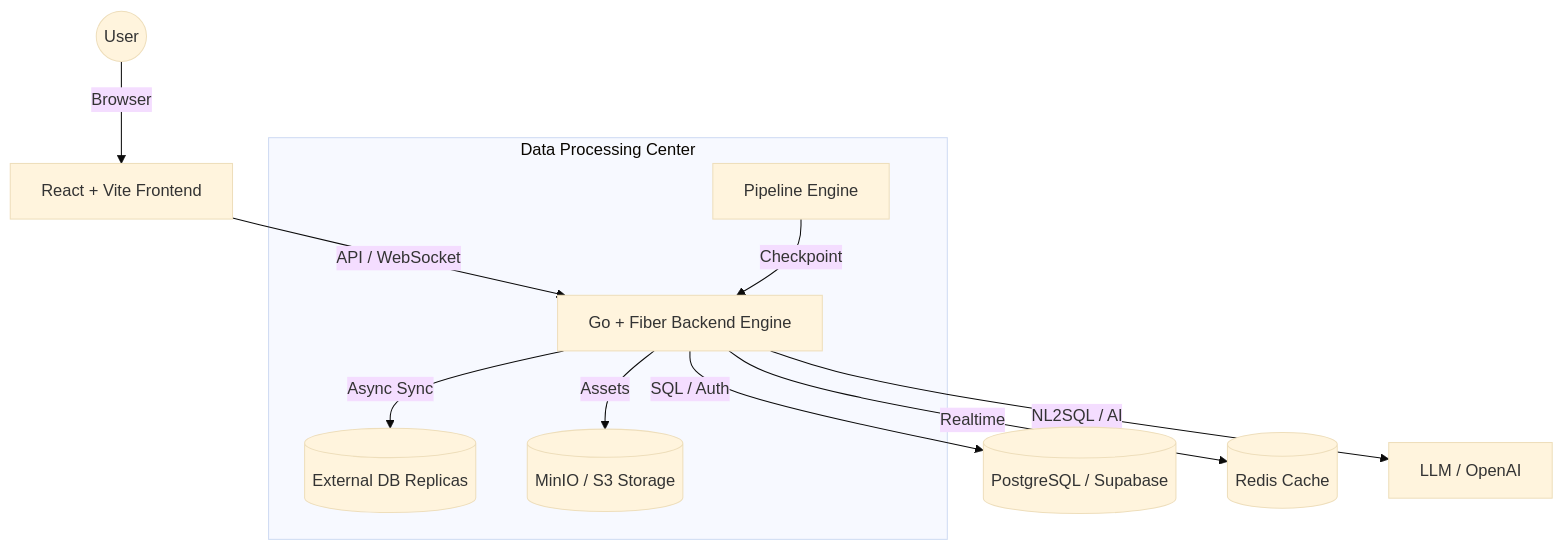
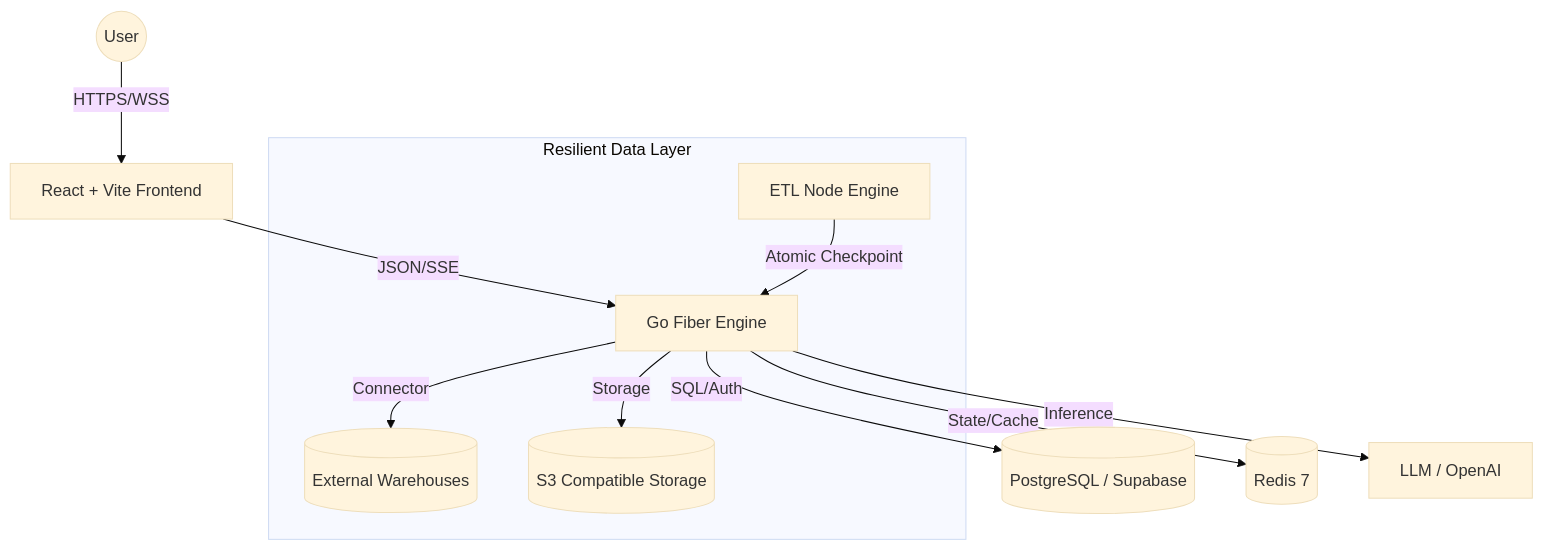
Before and after one commit to yogisyahroni/TOOLS_BI: the diagram in README.md, drawn with Mermaid (base theme). The commit also changed other lines of this file, not shown here.

````diff
--- a/README.md
+++ b/README.md
@@ -78,14 +74,14 @@
 ```mermaid
 graph TD
-    User((User)) -->|Browser| FE[React + Vite Frontend]
-    FE -->|API / WebSocket| BE[Go + Fiber Backend Engine]
-    BE -->|SQL / Auth| DB[(PostgreSQL / Supabase)]
-    BE -->|Realtime| Redis[(Redis Cache)]
-    BE -->|NL2SQL / AI| LLM[LLM / OpenAI]
+    User((User)) -->|HTTPS/WSS| FE[React + Vite Frontend]
+    FE -->|JSON/SSE| BE[Go Fiber Engine]
+    BE -->|SQL/Auth| DB[(PostgreSQL / Supabase)]
+    BE -->|State/Cache| Redis[(Redis 7)]
+    BE -->|Inference| LLM[LLM / OpenAI]
     
-    subgraph "Data Processing Center"
-        ETL[Pipeline Engine] -->|Checkpoint| BE
-        BE -->|Async Sync| ExtDB[(External DB Replicas)]
-        BE -->|Assets| S3[(MinIO / S3 Storage)]
+    subgraph "Resilient Data Layer"
+        ETL[ETL Node Engine] -->|Atomic Checkpoint| BE
+        BE -->|Connector| Remote[(External Warehouses)]
+        BE -->|Storage| S3[(S3 Compatible Storage)]
     end
 ```
````
